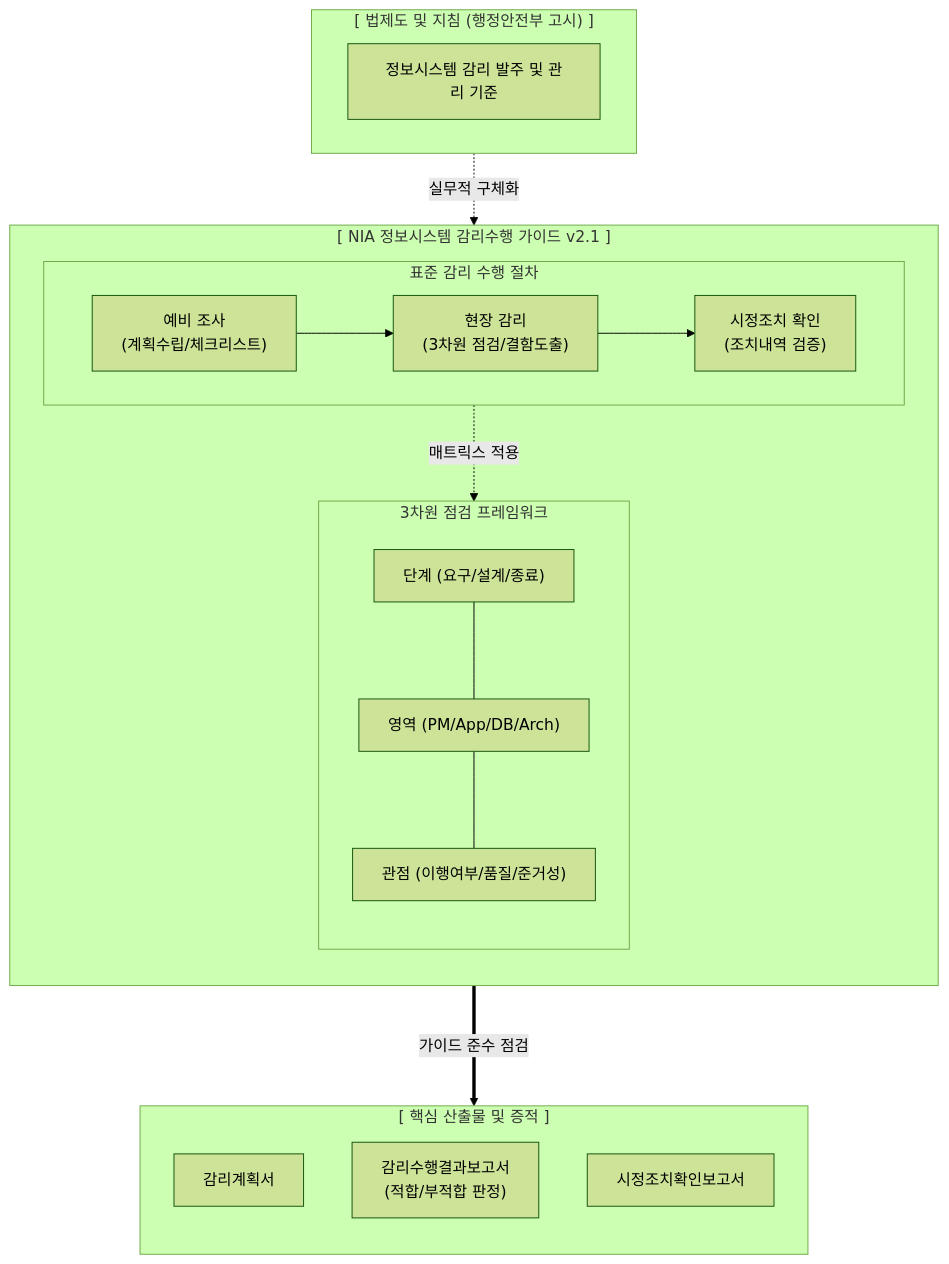
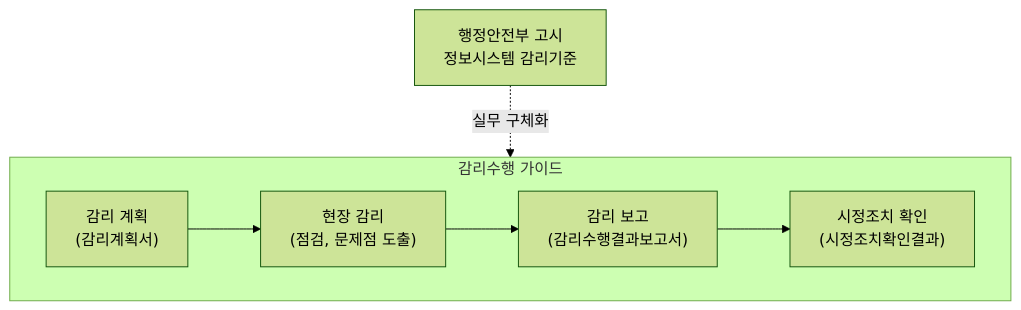
Before and after one commit to supremethumb/supremethumb.github.io: the diagram in content/01_IT Tech/정보시스템 감리수행 가이드 v2.1.md, drawn with Mermaid (forest theme). The commit also changed other lines of this file and 1087 other files, not shown here.

````diff
--- a/content/01_IT Tech/정보시스템 감리수행 가이드 v2.1.md
+++ b/content/01_IT Tech/정보시스템 감리수행 가이드 v2.1.md
@@ -23,37 +34,11 @@
 ```mermaid
 flowchart TB
-    subgraph Law_Policy["[ 법제도 및 지침 (행정안전부 고시) ]"]
-        Gov["정보시스템 감리 발주 및 관리 기준"]
+    Law["행정안전부 고시<br/>정보시스템 감리기준"]
+    subgraph G ["감리수행 가이드"]
+        direction LR
+        P1["감리 계획<br/>(감리계획서)"] --> P2["현장 감리<br/>(점검, 문제점 도출)"]
+        P2 --> P3["감리 보고<br/>(감리수행결과보고서)"]
+        P3 --> P4["시정조치 확인<br/>(시정조치확인결과)"]
     end
-
-    subgraph NIA_Guide["[ NIA 정보시스템 감리수행 가이드 v2.1 ]"]
-        direction TB
-        
-        subgraph Process["표준 감리 수행 절차"]
-            direction LR
-            P1["예비 조사<br/>(계획수립/체크리스트)"] --> P2["현장 감리<br/>(3차원 점검/결함도출)"]
-            P2 --> P3["시정조치 확인<br/>(조치내역 검증)"]
-        end
-
-        subgraph Framework["3차원 점검 프레임워크"]
-            direction TB
-            D1["단계 (요구/설계/종료)"]
-            D2["영역 (PM/App/DB/Arch)"]
-            D3["관점 (이행여부/품질/준거성)"]
-            D1 --- D2 --- D3
-        end
-        
-        Process -. "매트릭스 적용" .-> Framework
-    end
-
-    subgraph Output["[ 핵심 산출물 및 증적 ]"]
-        direction TB
-        O1["감리계획서"]
-        O2["감리수행결과보고서<br/>(적합/부적합 판정)"]
-        O3["시정조치확인보고서"]
-    end
-
-    Law_Policy -. "실무적 구체화" .-> NIA_Guide
-    NIA_Guide == "가이드 준수 점검" ===> Output
-
+    Law -.->|"실무 구체화"| G
 ```
````
